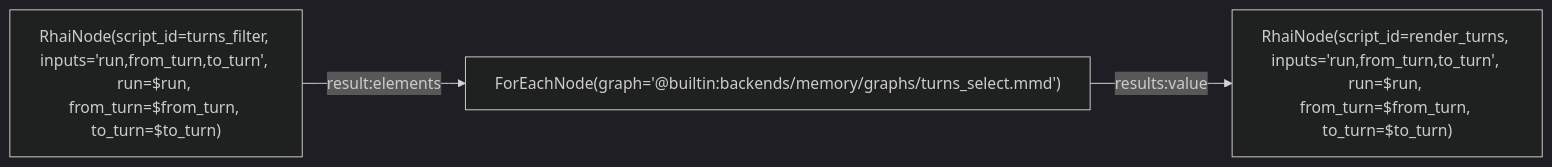
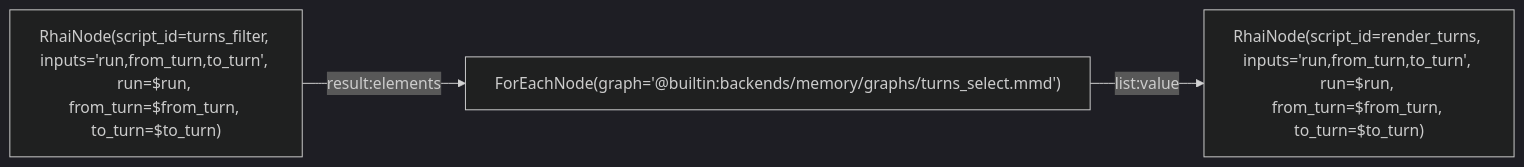
Before and after one commit to L-Defraiteur/rag3db: the diagram in extension/rag3weaver/templates/backends/memory/graphs/render_turns.mmd, drawn with Mermaid (dark theme). The commit also changed 2 other files, not shown here.

Commit message:
fix(memoire): render_turns et archive_slice lisent un ForEach par son port list ; les retours à la ligne du rendu hors des chaînes brutes de Rhai

```diff
--- a/extension/rag3weaver/templates/backends/memory/graphs/render_turns.mmd
+++ b/extension/rag3weaver/templates/backends/memory/graphs/render_turns.mmd
@@ -1,13 +1,13 @@
 %% tool: render_turns
 %% description: The slice of a run between two turns, rendered from its Turn rows in the single form the archiviste files (one « ## turn <n> » per turn, one « ### <role> · <time> » per message, a tool call with its name, status, params and result). Returns {text, turns, messages}. archive_slice renders its slice through it.
 %% param: run string! -- The run.
 %% param: from_turn int! -- The first turn, included.
 %% param: to_turn int! -- The last turn, included.
 %% result: render.result
 
 graph LR
     filter["RhaiNode(script_id=turns_filter, inputs='run,from_turn,to_turn', run=$run, from_turn=$from_turn, to_turn=$to_turn)"]
     select["ForEachNode(graph='@builtin:backends/memory/graphs/turns_select.mmd')"]
     render["RhaiNode(script_id=render_turns, inputs='run,from_turn,to_turn', run=$run, from_turn=$from_turn, to_turn=$to_turn)"]
     filter -->|result:elements| select
-    select -->|results:value| render
+    select -->|list:value| render
```
